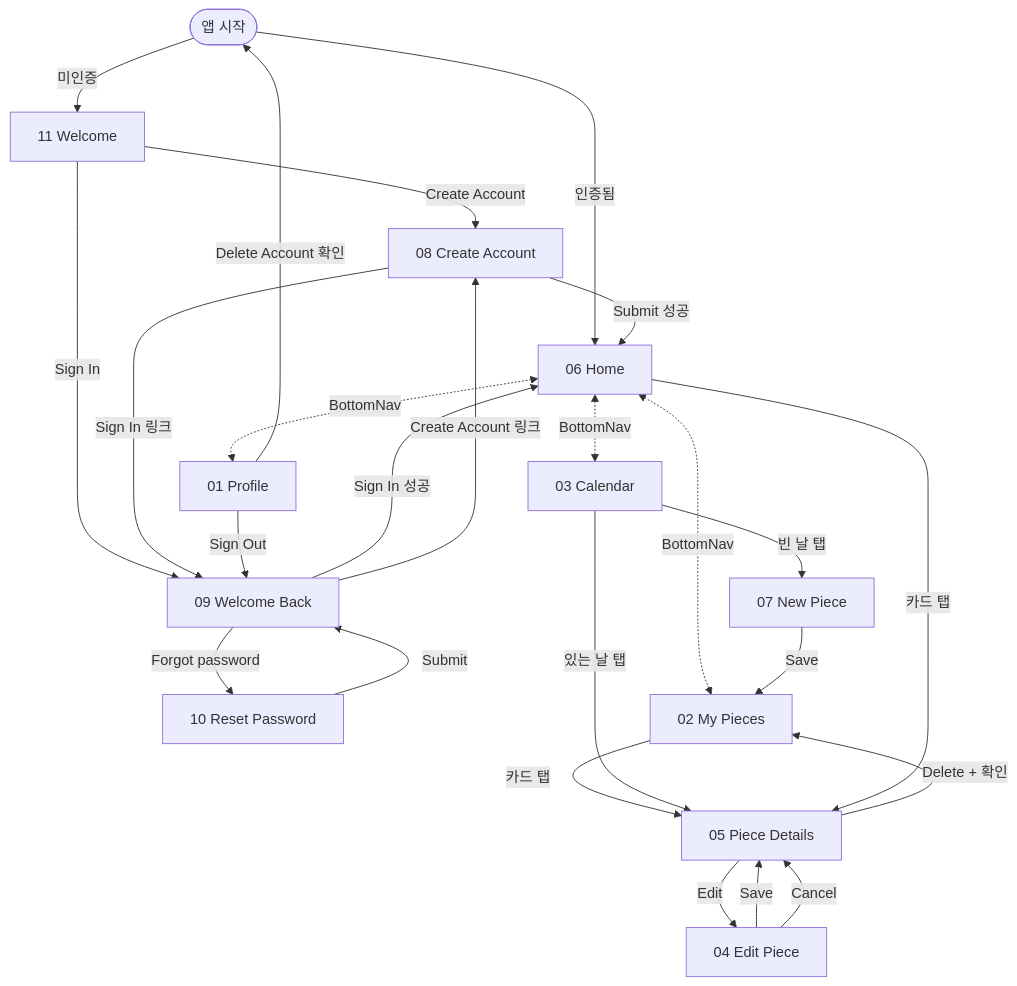
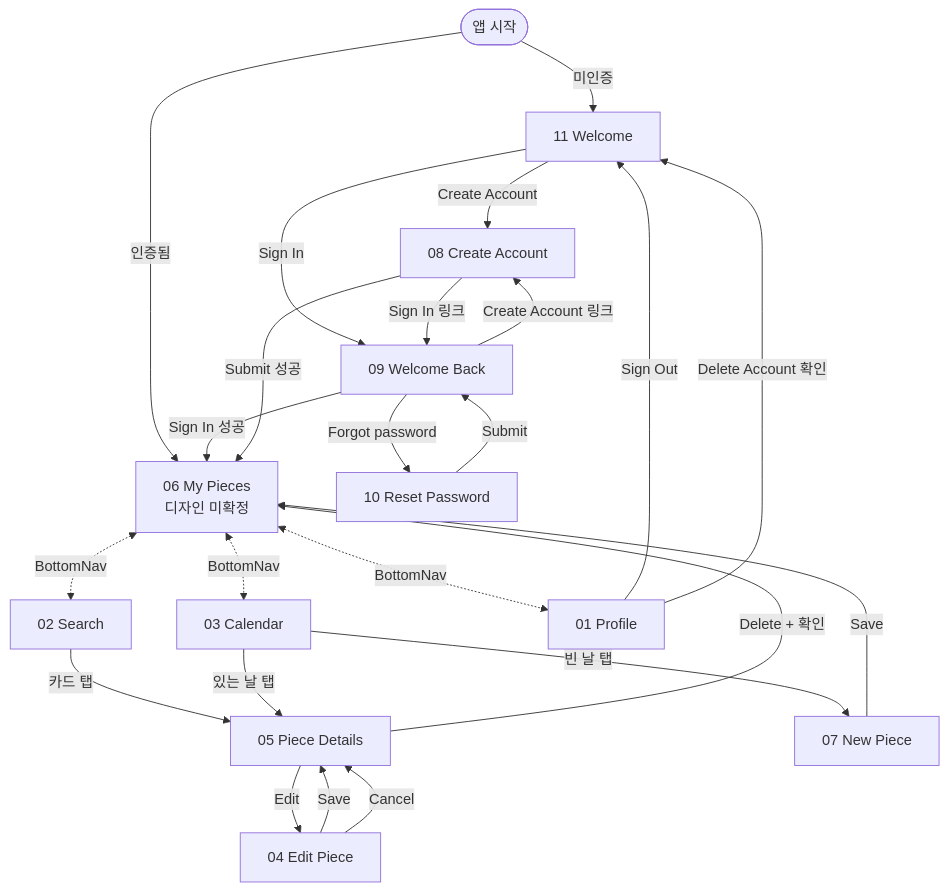
The diagram in apps/daily_piece/docs/screens/00-INDEX.md (korca0220/wanting_apps), drawn with Mermaid before and after one commit. The commit also changed other lines of this file and 6 other files, not shown here.

````diff
--- a/apps/daily_piece/docs/screens/00-INDEX.md
+++ b/apps/daily_piece/docs/screens/00-INDEX.md
@@ -56,35 +59,34 @@
 ```mermaid
 flowchart TD
     AppInit([앱 시작])
     AppInit -->|미인증| Welcome[11 Welcome]
-    AppInit -->|인증됨| Home[06 Home]
+    AppInit -->|인증됨| MyPieces[06 My Pieces<br/>디자인 미확정]
 
     Welcome -->|Create Account| Create[08 Create Account]
     Welcome -->|Sign In| WelcomeBack[09 Welcome Back]
 
-    WelcomeBack -->|Sign In 성공| Home
+    WelcomeBack -->|Sign In 성공| MyPieces
     WelcomeBack -->|Forgot password| Reset[10 Reset Password]
     WelcomeBack -->|Create Account 링크| Create
     Reset -->|Submit| WelcomeBack
-    Create -->|Submit 성공| Home
+    Create -->|Submit 성공| MyPieces
     Create -->|Sign In 링크| WelcomeBack
 
-    Home <-.BottomNav.-> MyPieces[02 My Pieces]
-    Home <-.BottomNav.-> Calendar[03 Calendar]
-    Home <-.BottomNav.-> Profile[01 Profile]
+    MyPieces <-.BottomNav.-> Calendar[03 Calendar]
+    MyPieces <-.BottomNav.-> Search[02 Search]
+    MyPieces <-.BottomNav.-> Profile[01 Profile]
 
-    MyPieces -->|카드 탭| Details[05 Piece Details]
+    Search -->|카드 탭| Details[05 Piece Details]
     Calendar -->|있는 날 탭| Details
     Calendar -->|빈 날 탭| NewPiece[07 New Piece]
-    Home -->|카드 탭| Details
 
     Details -->|Edit| EditPiece[04 Edit Piece]
     Details -->|Delete + 확인| MyPieces
     EditPiece -->|Save| Details
     EditPiece -->|Cancel| Details
 
     NewPiece -->|Save| MyPieces
 
-    Profile -->|Sign Out| WelcomeBack
-    Profile -->|Delete Account 확인| AppInit
+    Profile -->|Sign Out| Welcome
+    Profile -->|Delete Account 확인| Welcome
 ```
````
